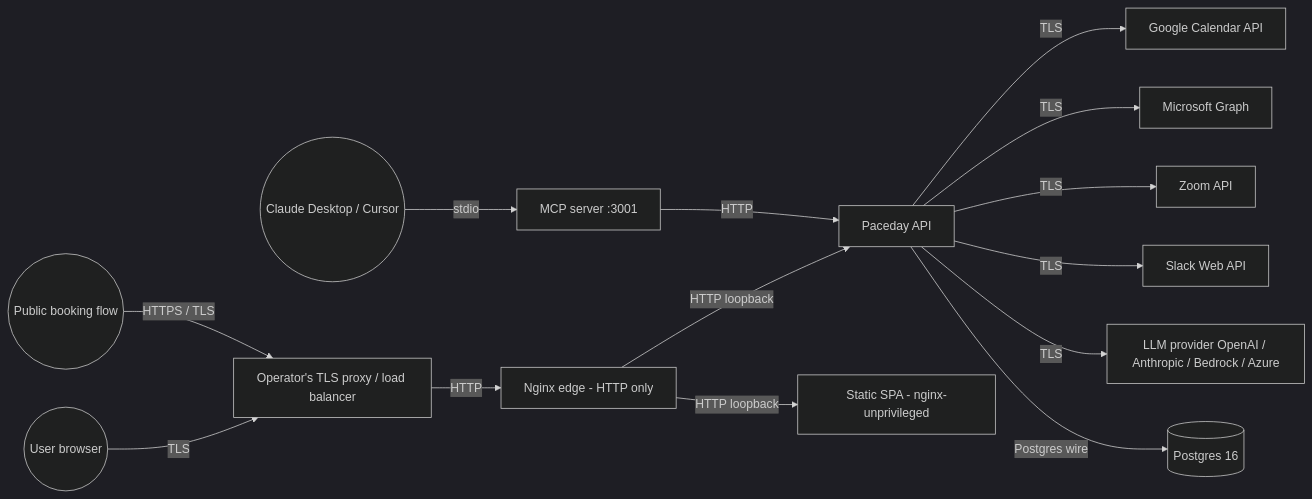
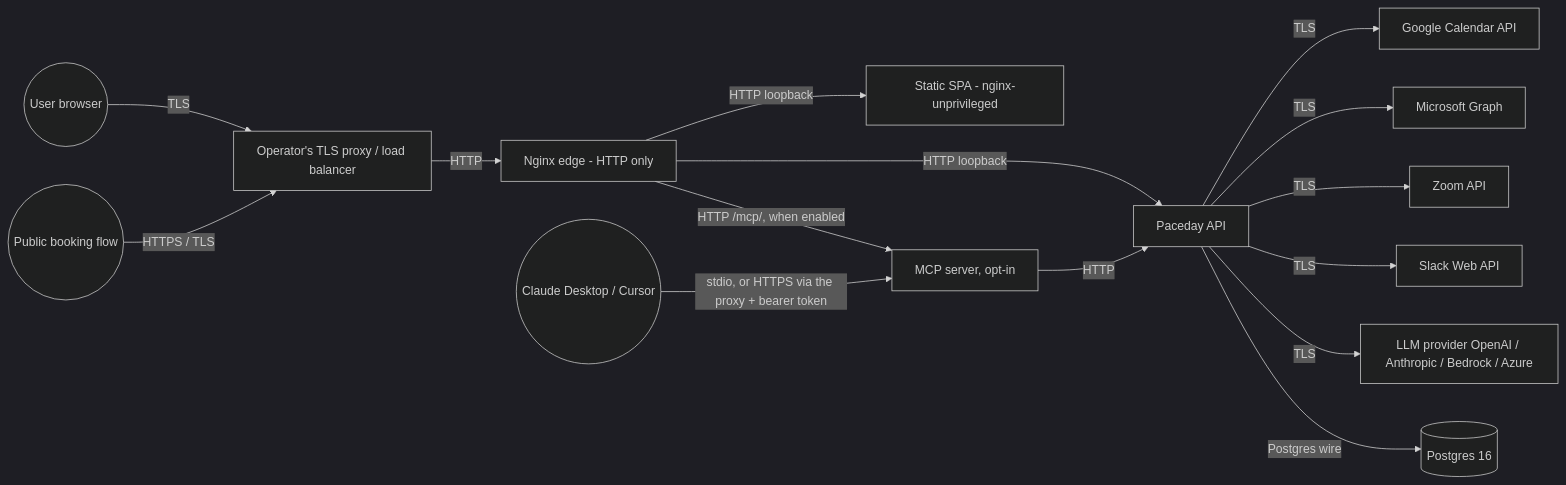
Before and after one commit to Enach/clockwise-like: the diagram in docs/security.md, drawn with Mermaid (dark theme). The commit also changed other lines of this file and 26 other files, not shown here.

First line of the commit message:
[PAC-81] Part C: compose and images — pinned versions, healthchecks, MCP via the public origin, booking page framable, grace period, log rotation (#248)

````diff
--- a/docs/security.md
+++ b/docs/security.md
@@ -22,16 +22,17 @@
 ```mermaid
 graph LR
     Browser((User browser)) -->|TLS| Proxy[Operator's TLS proxy / load balancer]
     Proxy -->|HTTP| Nginx[Nginx edge - HTTP only]
     Nginx -->|HTTP loopback| Backend[Paceday API]
     Nginx -->|HTTP loopback| Frontend[Static SPA - nginx-unprivileged]
     Backend -->|TLS| Google[Google Calendar API]
     Backend -->|TLS| Microsoft[Microsoft Graph]
     Backend -->|TLS| Zoom[Zoom API]
     Backend -->|TLS| Slack[Slack Web API]
     Backend -->|TLS| LLM[LLM provider OpenAI / Anthropic / Bedrock / Azure]
     Backend -->|Postgres wire| DB[(Postgres 16)]
-    MCP[MCP server :3001] -->|HTTP| Backend
-    Claude((Claude Desktop / Cursor)) -->|stdio| MCP
+    Nginx -->|HTTP /mcp/, when enabled| MCP[MCP server, opt-in]
+    MCP -->|HTTP| Backend
+    Claude((Claude Desktop / Cursor)) -->|stdio, or HTTPS via the proxy + bearer token| MCP
     Public((Public booking flow)) -->|HTTPS / TLS| Proxy
 ```
````
